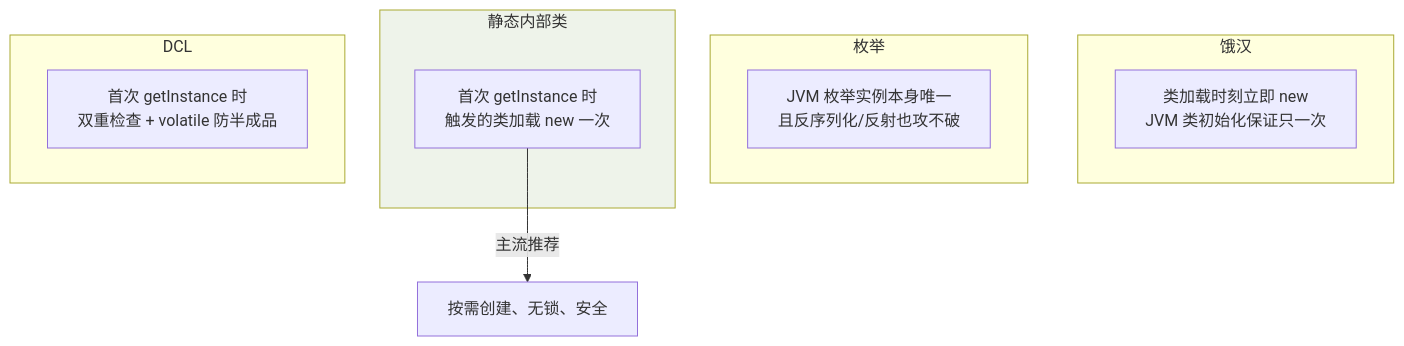
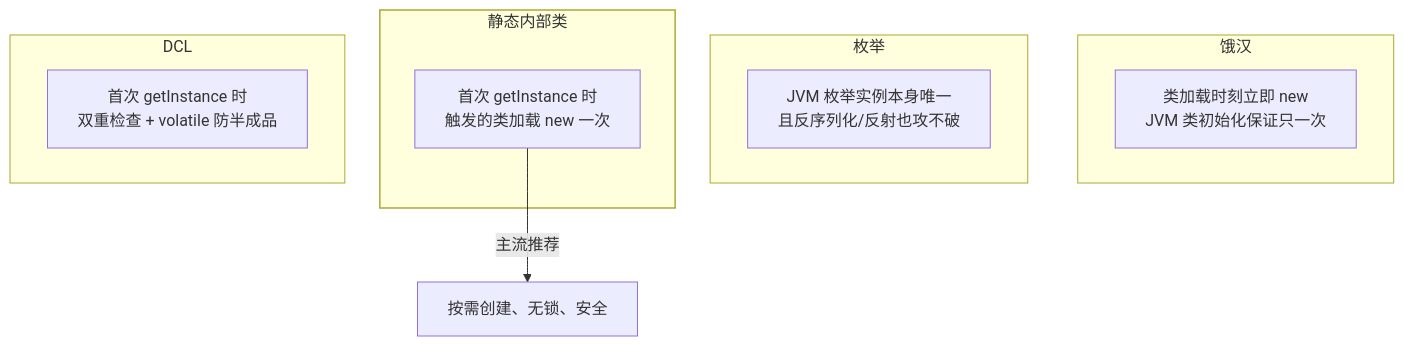
Before and after one commit to Loadhao/ascension: the first of 2 diagrams in src/content/docs/java/intermediate/design-pattern/02-creational.md, drawn with Mermaid. The commit also changed other lines of this file and 87 other files, not shown here.

First line of the commit message:
fix: 全站图表配色改由主题接管，修复暗色主题下浅底浅字看不清

````diff
--- a/src/content/docs/java/intermediate/design-pattern/02-creational.md
+++ b/src/content/docs/java/intermediate/design-pattern/02-creational.md
@@ -47,17 +47,18 @@
 ```mermaid
 flowchart TB
     subgraph 饿汉
         E1["类加载时刻立即 new<br/>JVM 类初始化保证只一次"]
     end
     subgraph 枚举
         EN1["JVM 枚举实例本身唯一<br/>且反序列化/反射也攻不破"]
     end
     subgraph 静态内部类
         H1["首次 getInstance 时<br/>触发的类加载 new 一次"]
     end
     subgraph DCL
         D1["首次 getInstance 时<br/>双重检查 + volatile 防半成品"]
     end
     H1 -->|主流推荐| 结论1["按需创建、无锁、安全"]
-    style 静态内部类 fill:#eef3ea
+    class 静态内部类 good
+    classDef good stroke-width:1.5px
 ```
````
